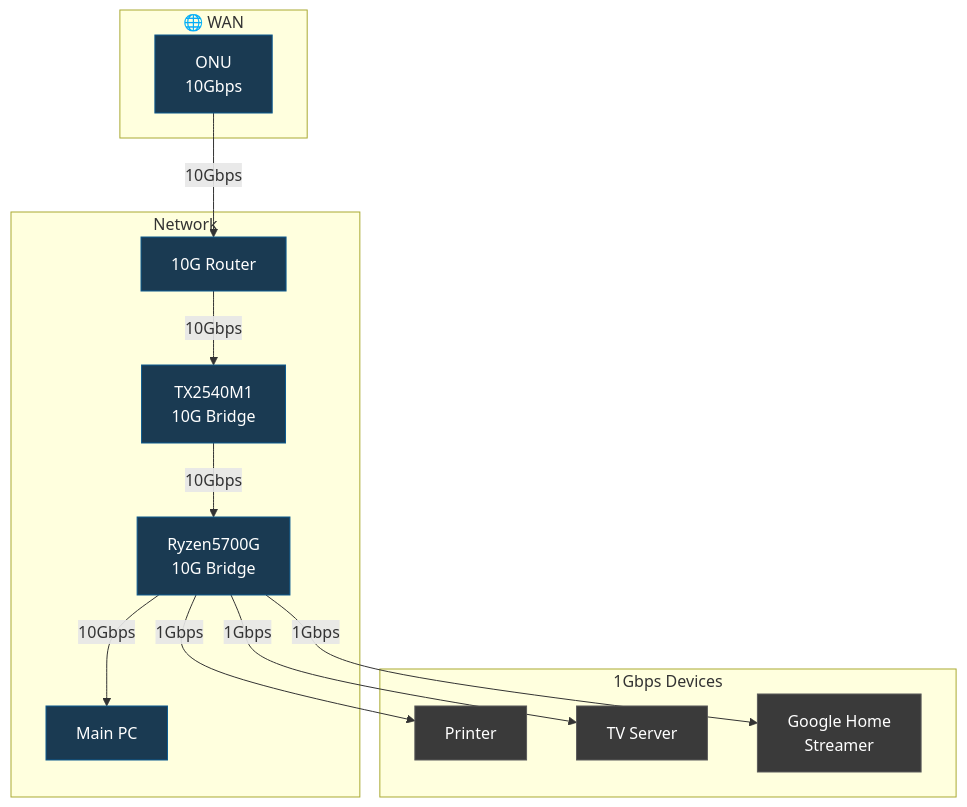
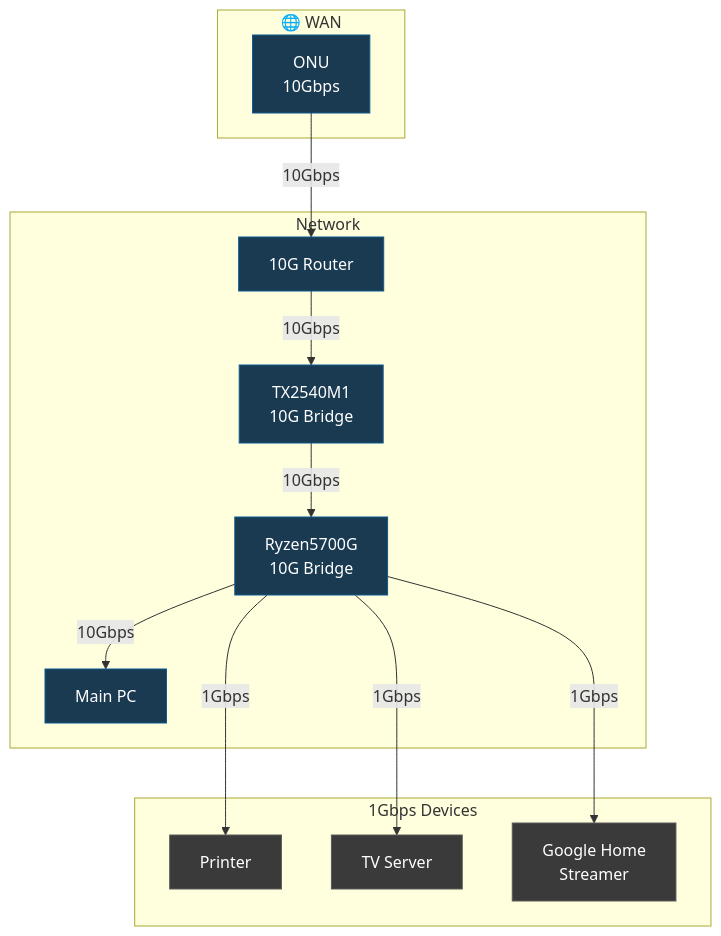
One commit to Tagomori0211/tagomori-homelab changed the diagram in SystemGraph.mermaid. Above: the diagram before and after it, drawn with Mermaid. The commit also changed 1 other file, not shown here.

Commit message:
mermaid fix

```diff
--- a/SystemGraph.mermaid
+++ b/SystemGraph.mermaid
@@ -1,32 +1,32 @@
 flowchart TB
     subgraph WAN["🌐 WAN"]
         D["ONU<br/>10Gbps"]
     end
     
     subgraph Network["Network"]
         E["10G Router"]
         A["TX2540M1<br>10G Bridge"]
         B["Ryzen5700G<br>10G Bridge"]
         C["Main PC"]
     end
     
     subgraph Peripherals["1Gbps Devices"]
         F["Printer"]
         G["TV Server"]
         H["Google Home<br/>Streamer"]
     end
     
     D -->|10Gbps| E
     E -->|10Gbps| A
     A -->|10Gbps| B
     B -->|10Gbps| C
     
-    B -->|1Gbps| F
-    B -->|1Gbps| G
-    B -->|1Gbps| H
+    B --->|1Gbps| F
+    B --->|1Gbps| G
+    B --->|1Gbps| H
     
     classDef dark_blue fill:#1a3a52,stroke:#0d5a8f,color:#fff
     classDef dark_gray fill:#3a3a3a,stroke:#5a5a5a,color:#fff
     
     class D,E,A,B,C dark_blue
     class F,G,H dark_gray
```
